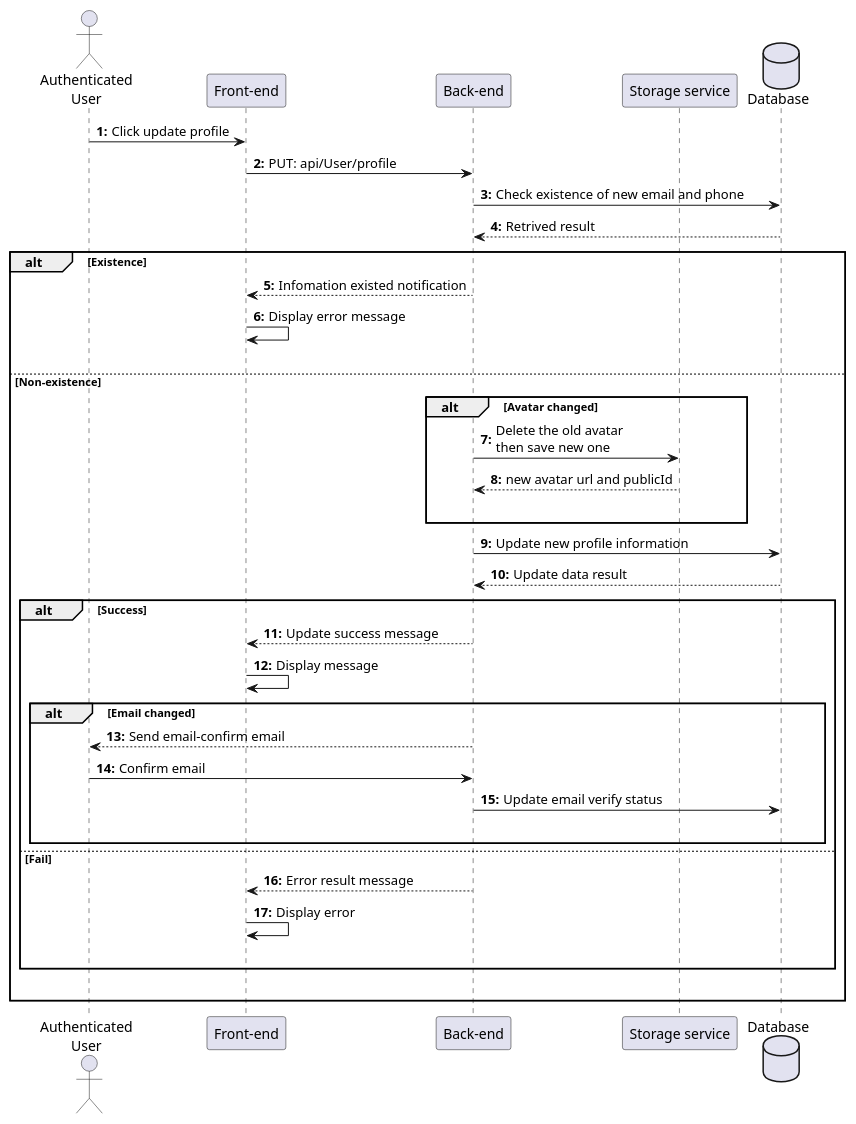
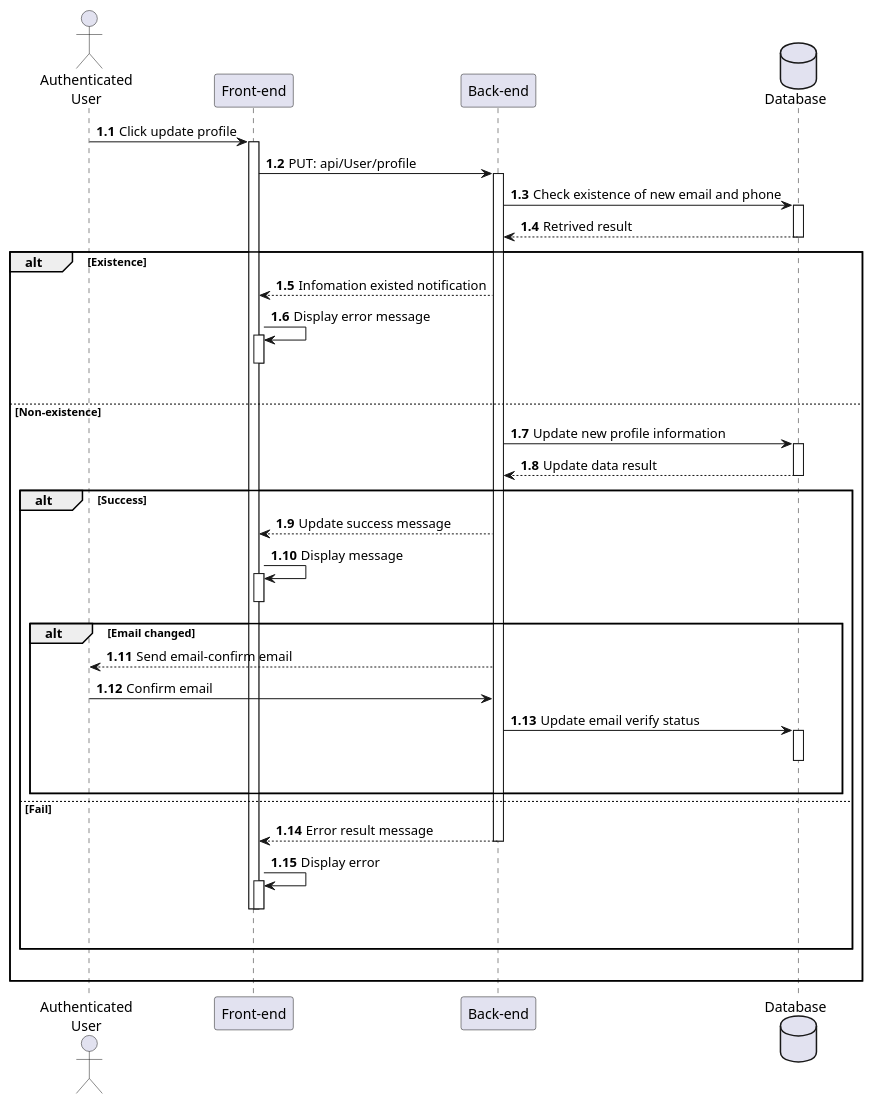
One commit to HTPhong-276/iCoaching-Diagrams changed the diagram in Sequences_diagrams/UpdateProfile.pu. Above: the diagram before and after it, drawn with PlantUML. The commit also changed 49 other files, not shown here.

```diff
--- a/Sequences_diagrams/UpdateProfile.pu
+++ b/Sequences_diagrams/UpdateProfile.pu
@@ -1,49 +1,49 @@
 @startuml UpdateProfile
 actor "Authenticated\nUser" as user
 participant "Front-end" as client
 participant "Back-end" as server 
-participant "Storage service" as imgCloud
 database "Database" as db
 
-autonumber "<b>0:"
+autonumber 1.1 "<b>0:"
 
-user -> client : Click update profile
-client -> server : PUT: api/User/profile
-server -> db : Check existence of new email and phone
+user -> client++ : Click update profile
+client -> server++ : PUT: api/User/profile
+server -> db++ : Check existence of new email and phone
 db --> server : Retrived result
+deactivate
 
 alt Existence
     server --> client : Infomation existed notification
-    client -> client : Display error message 
+    client -> client++ : Display error message
+    deactivate 
     |||
 else Non-existence
-
-    alt Avatar changed
-        server -> imgCloud : Delete the old avatar\nthen save new one
-        imgCloud --> server : new avatar url and publicId
-        |||
-    end
-
-    server -> db : Update new profile information
+    server -> db++ : Update new profile information
     db --> server : Update data result
+    deactivate
 
     alt Success
         server --> client : Update success message
-        client -> client : Display message
+        client -> client++ : Display message
+        deactivate
 
         alt Email changed
             server --> user : Send email-confirm email
             user -> server : Confirm email
-            server -> db : Update email verify status
+            server -> db++ : Update email verify status
+            deactivate
             |||
         end
 
     else Fail
         server --> client : Error result message
-        client -> client : Display error
+        deactivate
+        client -> client++ : Display error
+        deactivate
+        deactivate
         |||
     end
 
     |||
 end 
 @enduml
```
